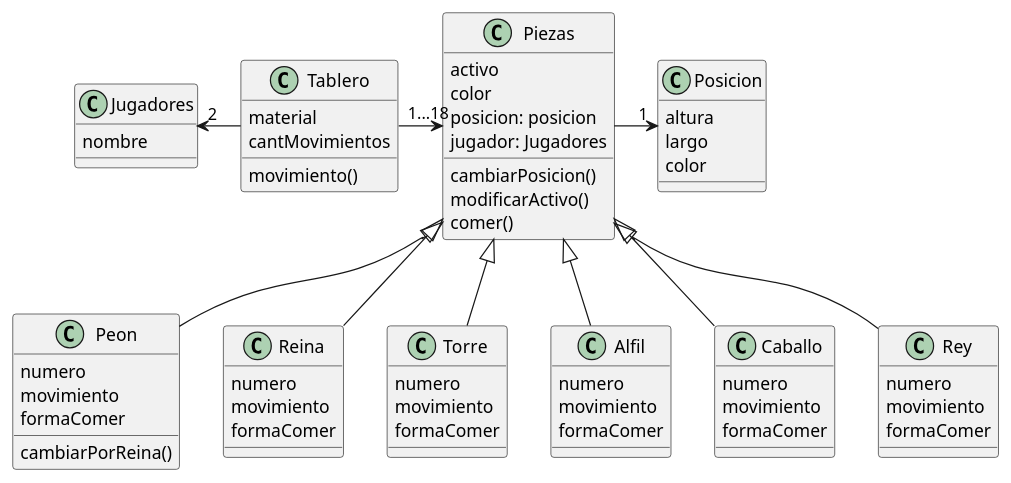
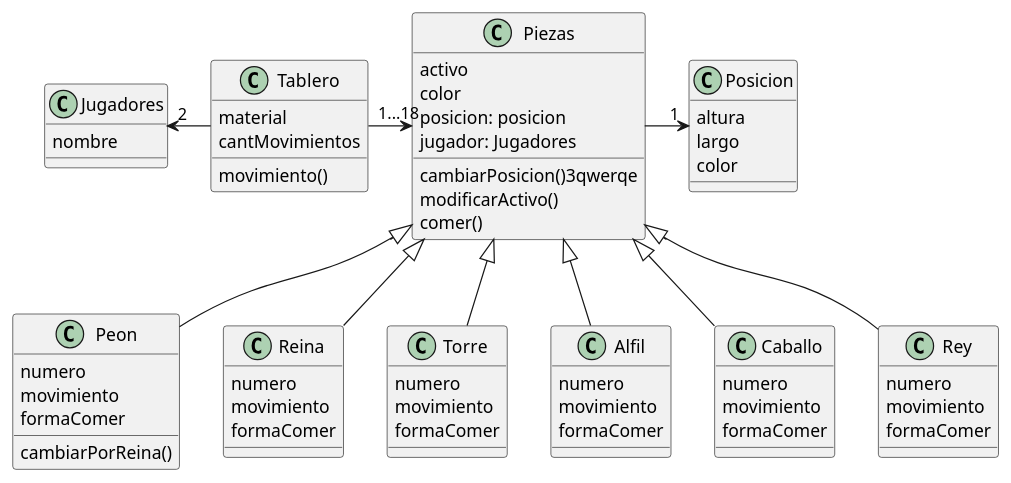
The diagram in PrimerEje.plantuml (Ivancho894/UML-pract), drawn with PlantUML before and after one commit. The commit also changed 2 other files, not shown here.

```diff
--- a/PrimerEje.plantuml
+++ b/PrimerEje.plantuml
@@ -1,73 +1,73 @@
 @startuml
 
 Class Piezas{
     
     activo
     color
     posicion: posicion
     jugador: Jugadores
 
-    cambiarPosicion()
+    cambiarPosicion()3qwerqe
     modificarActivo()
     comer()
 
 
 }
 
 Class Posicion{
     altura
     largo 
     color
 
 }
 Class Peon extends Piezas{
     numero
     movimiento
     formaComer
     cambiarPorReina()
 }
 Class Reina extends Piezas{
     numero
     movimiento
     formaComer
 
 }
 Class Torre extends Piezas{
     numero
     movimiento
     formaComer
 }
 Class Alfil extends Piezas{
     numero
     movimiento
     formaComer
 }
 Class Caballo extends Piezas{
     numero
     movimiento
     formaComer
 }
 Class Rey extends Piezas{
     numero
     movimiento
     formaComer
 
 }
 Class Tablero {
     material
     cantMovimientos
 
     movimiento()
 }
 Class Jugadores{
     nombre
     
 
 }
 
 Piezas -> "1" Posicion
 Tablero -> "1...18" Piezas
 Tablero -left-> "2" Jugadores
 
 
 @enduml
```
